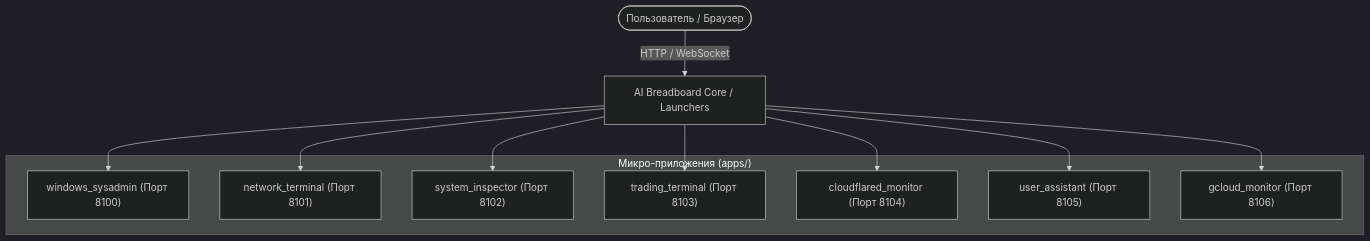
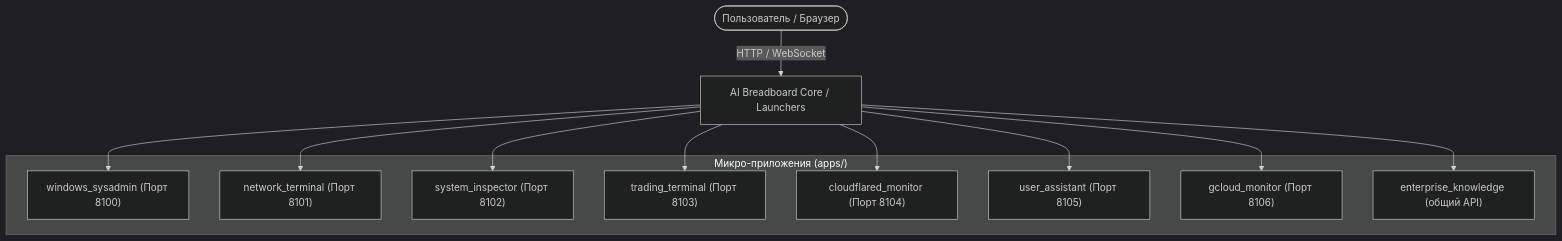
One commit to hypo69/AI-Breadboard changed the diagram in docs/ru/apps/index.md. Above: the diagram before and after it, drawn with Mermaid (dark theme). The commit also changed other lines of this file and 33 other files, not shown here.

````diff
--- a/docs/ru/apps/index.md
+++ b/docs/ru/apps/index.md
@@ -13,22 +13,24 @@
 ```mermaid
 graph TD
     User([Пользователь / Браузер]) -->|HTTP / WebSocket| Gateway[AI Breadboard Core / Launchers]
     
     subgraph Apps ["Микро-приложения (apps/)"]
         A1["windows_sysadmin (Порт 8100)"]
         A2["network_terminal (Порт 8101)"]
         A3["system_inspector (Порт 8102)"]
         A4["trading_terminal (Порт 8103)"]
         A5["cloudflared_monitor (Порт 8104)"]
         A6["user_assistant (Порт 8105)"]
         A7["gcloud_monitor (Порт 8106)"]
+        A8["enterprise_knowledge (общий API)"]
     end
     
     Gateway --> A1
     Gateway --> A2
     Gateway --> A3
     Gateway --> A4
     Gateway --> A5
     Gateway --> A6
     Gateway --> A7
+    Gateway --> A8
 ```
````
